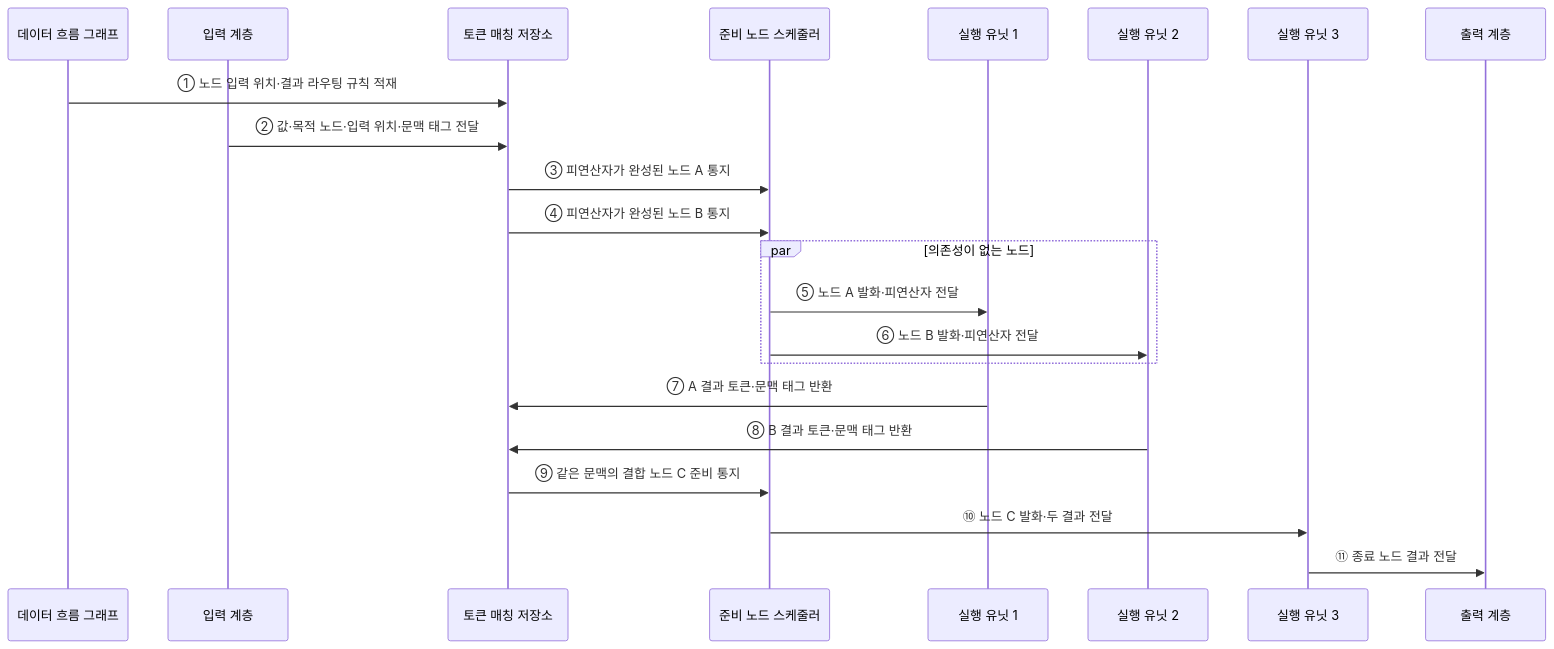
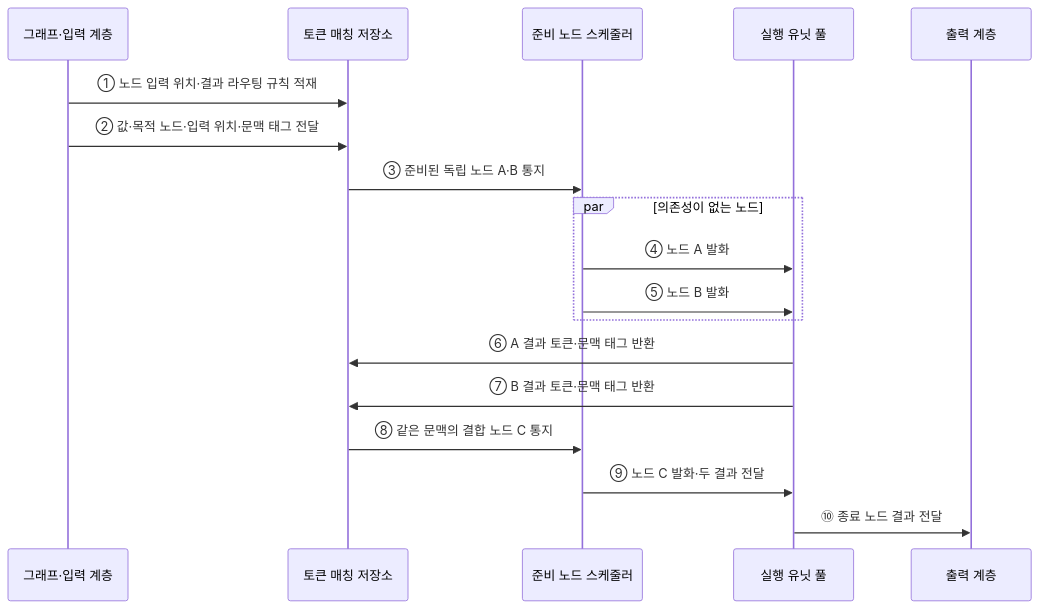
One commit to agnusdei1207/knowledge-base changed the second of 2 diagrams in src/content/docs/notes/02-hardware/077_dataflow_computer.md. Above: the diagram before and after it, drawn with Mermaid. The commit also changed other lines of this file and 20 other files, not shown here.

````diff
--- a/src/content/docs/notes/02-hardware/077_dataflow_computer.md
+++ b/src/content/docs/notes/02-hardware/077_dataflow_computer.md
@@ -83,25 +73,21 @@
 ```mermaid
 sequenceDiagram
-    participant G as 데이터 흐름 그래프
-    participant I as 입력 계층
+    participant G as 그래프·입력 계층
     participant M as 토큰 매칭 저장소
     participant S as 준비 노드 스케줄러
-    participant E1 as 실행 유닛 1
-    participant E2 as 실행 유닛 2
-    participant E3 as 실행 유닛 3
+    participant E as 실행 유닛 풀
     participant O as 출력 계층
 
     G->>M: ① 노드 입력 위치·결과 라우팅 규칙 적재
-    I->>M: ② 값·목적 노드·입력 위치·문맥 태그 전달
-    M->>S: ③ 피연산자가 완성된 노드 A 통지
-    M->>S: ④ 피연산자가 완성된 노드 B 통지
+    G->>M: ② 값·목적 노드·입력 위치·문맥 태그 전달
+    M->>S: ③ 준비된 독립 노드 A·B 통지
     par 의존성이 없는 노드
-        S->>E1: ⑤ 노드 A 발화·피연산자 전달
-        S->>E2: ⑥ 노드 B 발화·피연산자 전달
+        S->>E: ④ 노드 A 발화
+        S->>E: ⑤ 노드 B 발화
     end
-    E1->>M: ⑦ A 결과 토큰·문맥 태그 반환
-    E2->>M: ⑧ B 결과 토큰·문맥 태그 반환
-    M->>S: ⑨ 같은 문맥의 결합 노드 C 준비 통지
-    S->>E3: ⑩ 노드 C 발화·두 결과 전달
-    E3->>O: ⑪ 종료 노드 결과 전달
+    E->>M: ⑥ A 결과 토큰·문맥 태그 반환
+    E->>M: ⑦ B 결과 토큰·문맥 태그 반환
+    M->>S: ⑧ 같은 문맥의 결합 노드 C 통지
+    S->>E: ⑨ 노드 C 발화·두 결과 전달
+    E->>O: ⑩ 종료 노드 결과 전달
 ```
````
